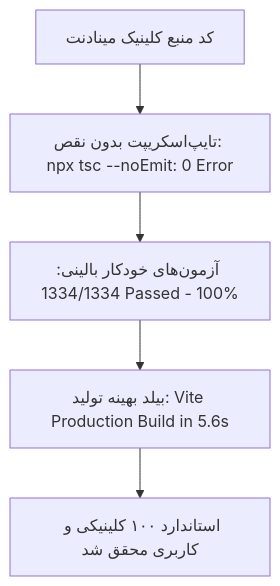
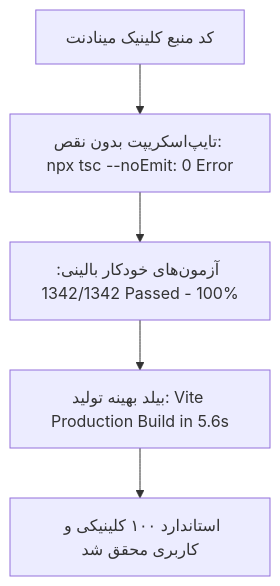
The diagram in AUDIT-MASTER-0-100.md (galaxy1364/minadentalbolt.new), drawn with Mermaid before and after one commit. The commit also changed other lines of this file and 8 other files, not shown here.

````diff
--- a/AUDIT-MASTER-0-100.md
+++ b/AUDIT-MASTER-0-100.md
@@ -248,7 +249,7 @@
 ```mermaid
 graph TD
     A[کد منبع کلینیک مینادنت] --> B[تایپ‌اسکریپت بدون نقص: npx tsc --noEmit: 0 Error]
-    B --> C[آزمون‌های خودکار بالینی: 1334/1334 Passed - 100%]
+    B --> C[آزمون‌های خودکار بالینی: 1342/1342 Passed - 100%]
     C --> D[بیلد بهینه تولید: Vite Production Build in 5.6s]
     D --> E[استاندارد ۱۰۰ کلینیکی و کاربری محقق شد]
 ```
````
